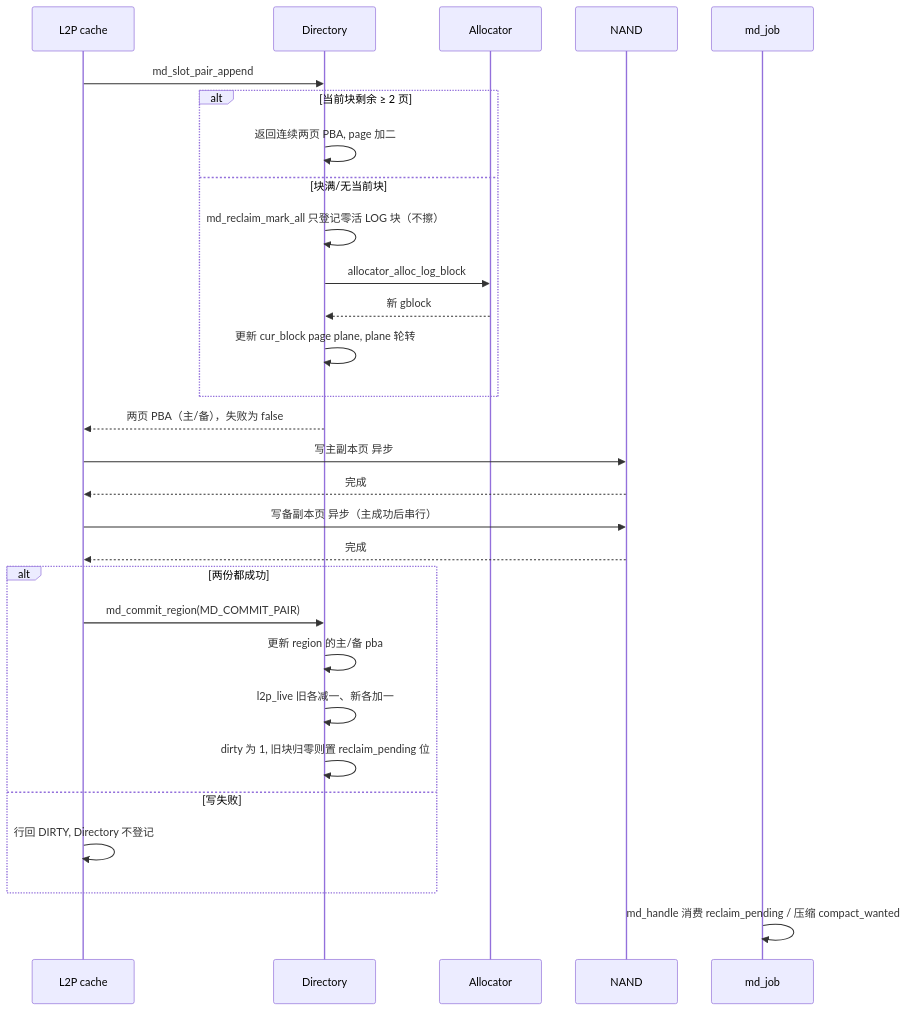
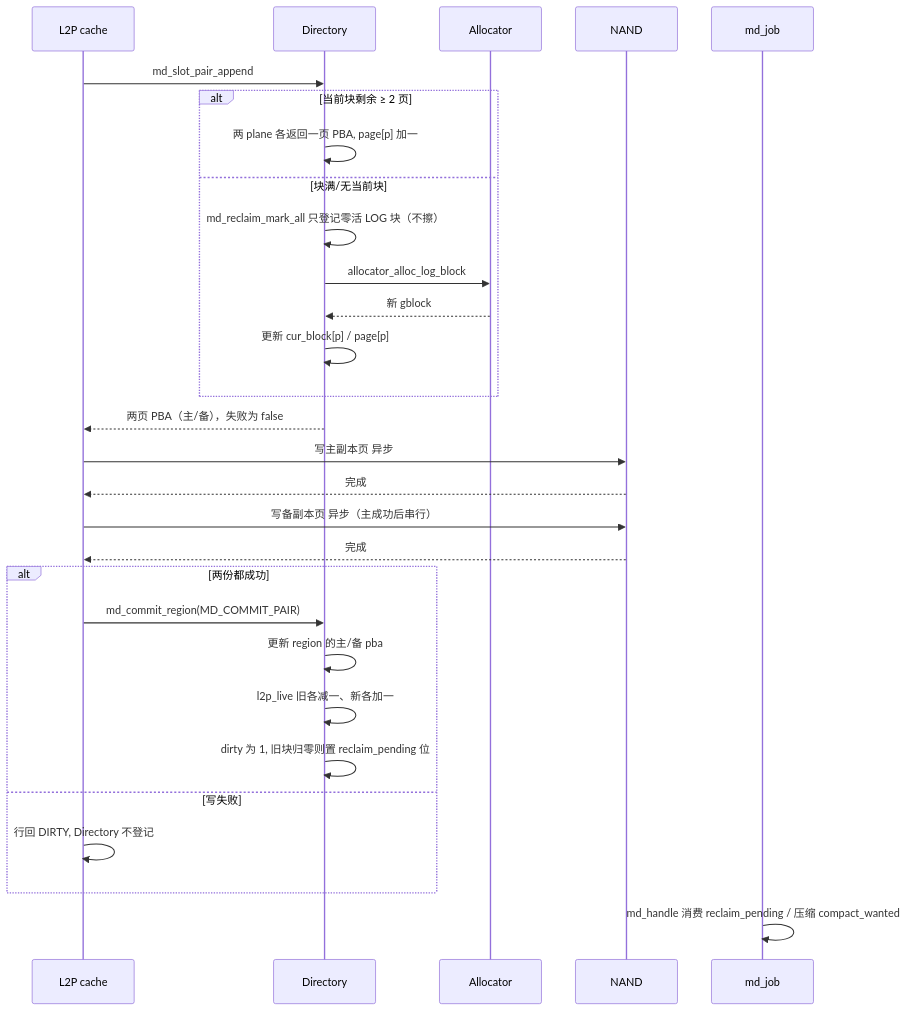
Before and after one commit to YzYMIAO/BASESSD: diagram 11 of 34 in docs/design/ftl_design.md, drawn with Mermaid. The commit also changed other lines of this file and 52 other files, not shown here.

````diff
--- a/docs/design/ftl_design.md
+++ b/docs/design/ftl_design.md
@@ -1895,32 +1903,32 @@
 ```mermaid
 sequenceDiagram
     participant C as L2P cache
     participant D as Directory
     participant A as Allocator
     participant N as NAND
     participant J as md_job
 
     C->>D: md_slot_pair_append
     alt 当前块剩余 ≥ 2 页
-        D->>D: 返回连续两页 PBA, page 加二
+        D->>D: 两 plane 各返回一页 PBA, page[p] 加一
     else 块满/无当前块
         D->>D: md_reclaim_mark_all 只登记零活 LOG 块（不擦）
         D->>A: allocator_alloc_log_block
         A-->>D: 新 gblock
-        D->>D: 更新 cur_block page plane, plane 轮转
+        D->>D: 更新 cur_block[p] / page[p]
     end
     D-->>C: 两页 PBA（主/备），失败为 false
     C->>N: 写主副本页 异步
     N-->>C: 完成
     C->>N: 写备副本页 异步（主成功后串行）
     N-->>C: 完成
     alt 两份都成功
         C->>D: md_commit_region(MD_COMMIT_PAIR)
         D->>D: 更新 region 的主/备 pba
         D->>D: l2p_live 旧各减一、新各加一
         D->>D: dirty 为 1, 旧块归零则置 reclaim_pending 位
     else 写失败
         C->>C: 行回 DIRTY, Directory 不登记
     end
     J->>J: md_handle 消费 reclaim_pending / 压缩 compact_wanted
 ```
````
